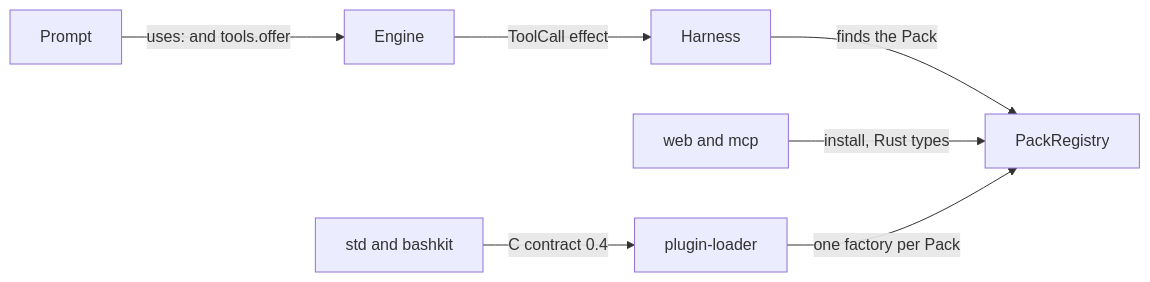
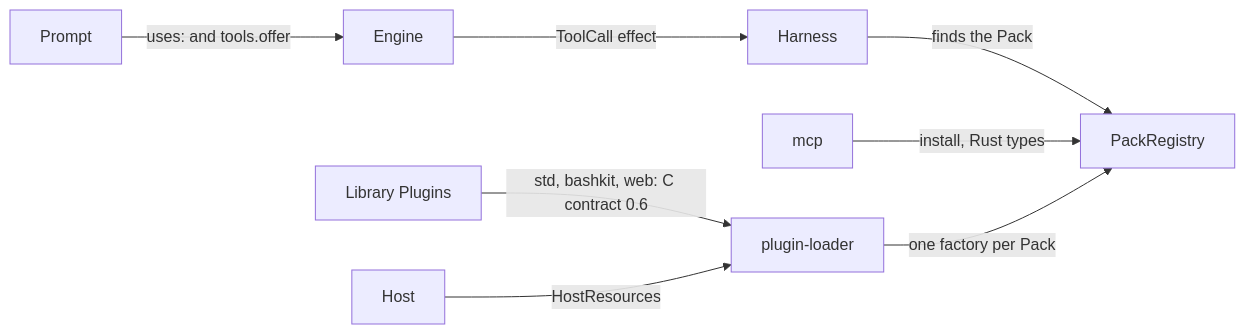
One commit to awheeler294/runvil-classroom changed the first of 2 diagrams in tutorials/tutorial-plugin-architecture.md. Above: the diagram before and after it, drawn with Mermaid. The commit also changed other lines of this file, not shown here.

````diff
--- a/tutorials/tutorial-plugin-architecture.md
+++ b/tutorials/tutorial-plugin-architecture.md
@@ -69,9 +71,10 @@
 ```mermaid
 flowchart LR
   Prompt[Prompt] -->|"uses: and tools.offer"| Engine[Engine]
   Engine -->|"ToolCall effect"| Harness[Harness]
   Harness -->|"finds the Pack"| Registry[PackRegistry]
-  RustPlugins[web and mcp] -->|"install, Rust types"| Registry
-  LibPlugins[std and bashkit] -->|"C contract 0.4"| Loader[plugin-loader]
+  RustPlugin[mcp] -->|"install, Rust types"| Registry
+  LibPlugins[Library Plugins] -->|"std, bashkit, web: C contract 0.6"| Loader[plugin-loader]
+  Host[Host] -->|"HostResources"| Loader
   Loader -->|"one factory per Pack"| Registry
 ```
````
